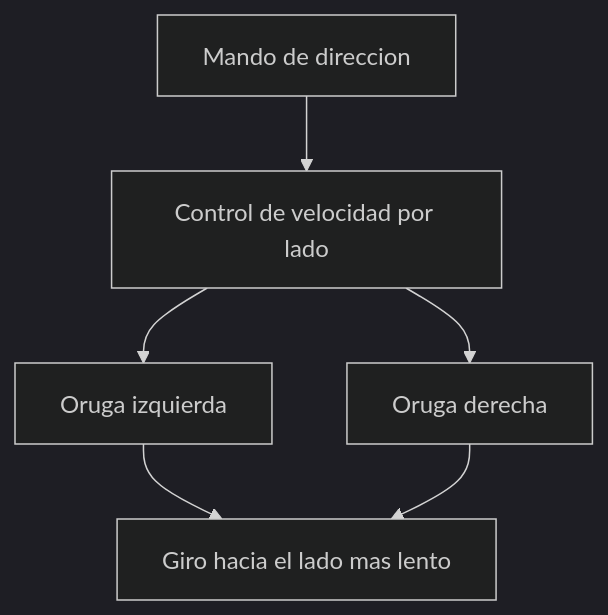
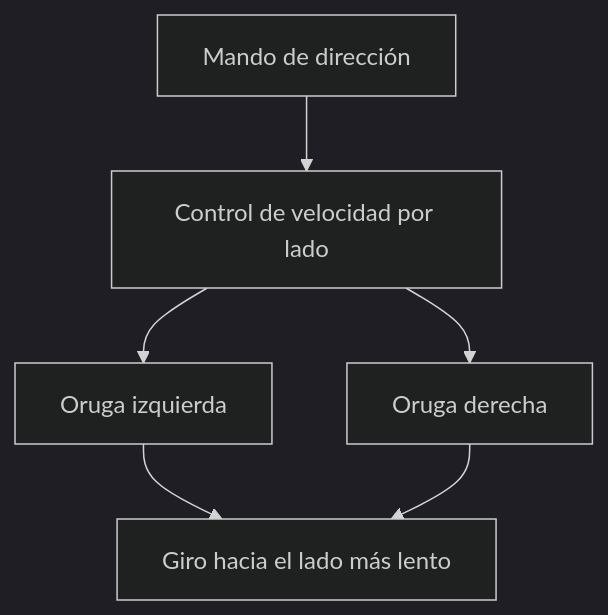
Before and after one commit to vladimiracunadev-create/machine-operator-program: the third of 3 diagrams in vehiculos/tanques/operacion/sistemas-mecanicos-tanque.md, drawn with Mermaid (dark theme). The commit also changed other lines of this file and 442 other files, not shown here.

````diff
--- a/vehiculos/tanques/operacion/sistemas-mecanicos-tanque.md
+++ b/vehiculos/tanques/operacion/sistemas-mecanicos-tanque.md
@@ -90,8 +90,8 @@
 ```mermaid
 flowchart TD
-    Mando[Mando de direccion] --> Control[Control de velocidad por lado]
+    Mando[Mando de dirección] --> Control[Control de velocidad por lado]
     Control --> Izq[Oruga izquierda]
     Control --> Der[Oruga derecha]
-    Izq --> Giro[Giro hacia el lado mas lento]
+    Izq --> Giro[Giro hacia el lado más lento]
     Der --> Giro
 ```
````
